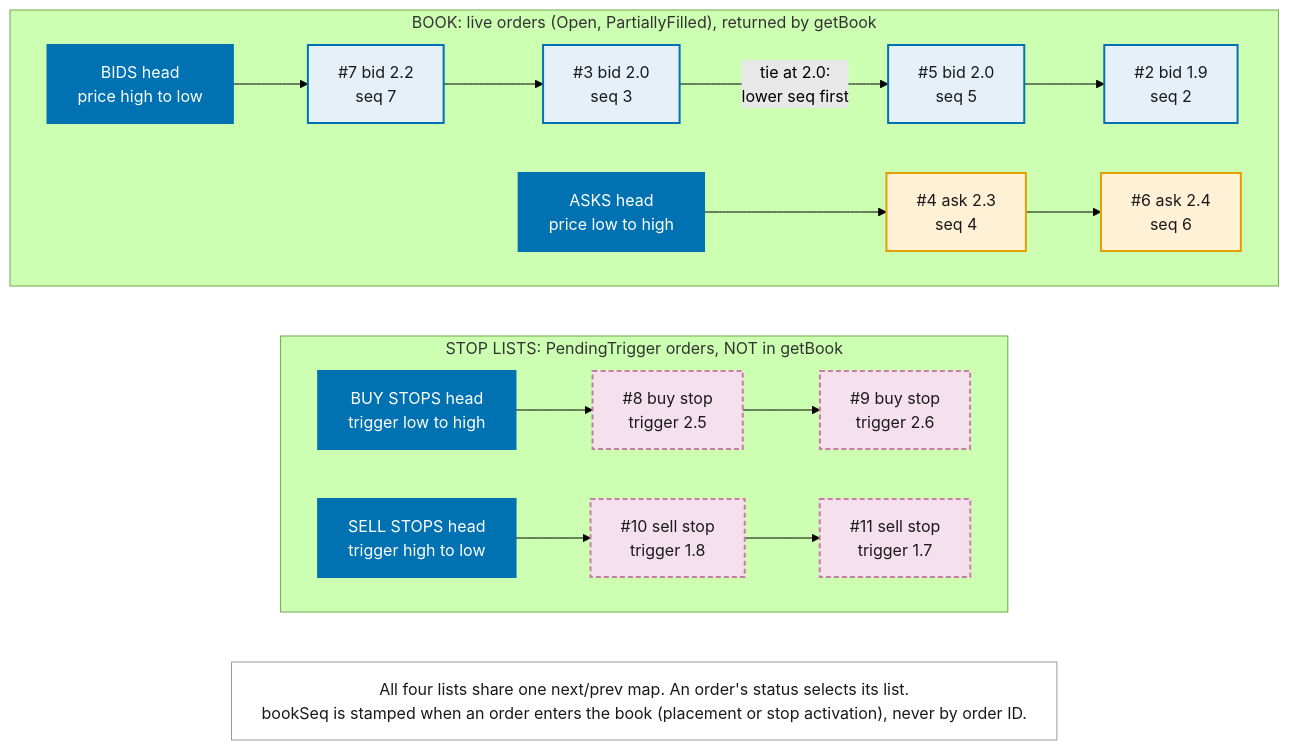
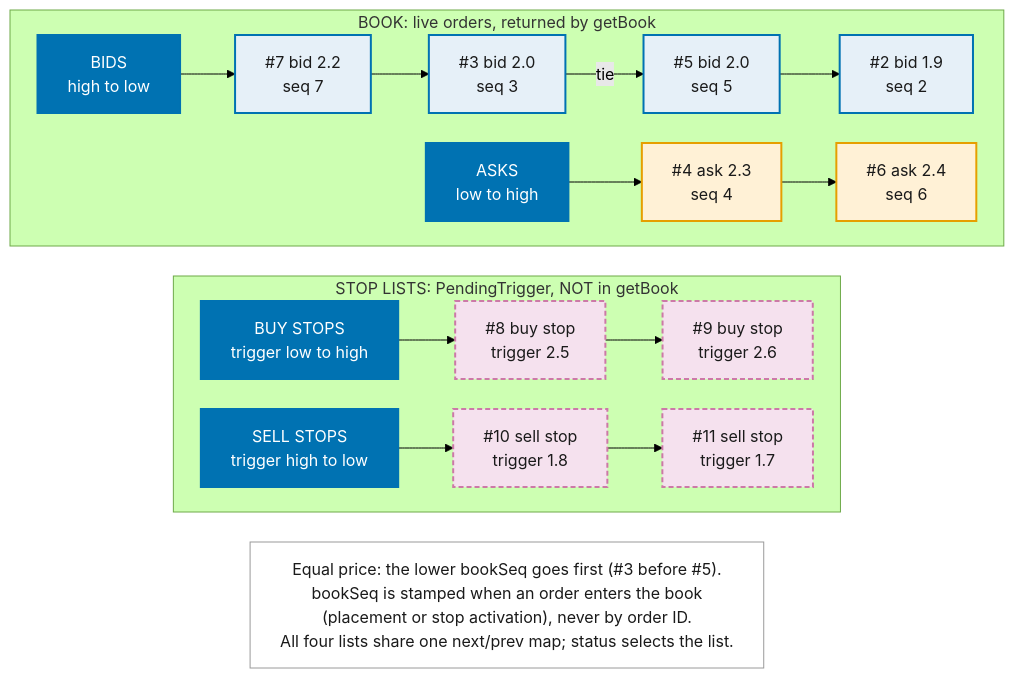
One commit to Nitecry7/SC4053-BlockChain-Project changed the diagram in docs/report/diagrams/06-book-structure.mmd. Above: the diagram before and after it, drawn with Mermaid (forest theme). The commit also changed 29 other files, not shown here.

```diff
--- a/docs/report/diagrams/06-book-structure.mmd
+++ b/docs/report/diagrams/06-book-structure.mmd
@@ -1,26 +1,28 @@
 ---
 config:
   flowchart:
     wrappingWidth: 900
+    rankSpacing: 30
+    nodeSpacing: 30
 ---
 flowchart TB
   classDef head fill:#0072B2,stroke:#0072B2,color:#FFFFFF,stroke-width:2px
   classDef bid fill:#E6F0F8,stroke:#0072B2,stroke-width:2px,color:#1A1A1A
   classDef ask fill:#FFF1D6,stroke:#E69F00,stroke-width:2px,color:#1A1A1A
   classDef stop fill:#F5E1EE,stroke:#CC79A7,stroke-width:2px,stroke-dasharray:5 3,color:#1A1A1A
   classDef note fill:#FFFFFF,stroke:#9A9A9A,stroke-width:1px,color:#1A1A1A
 
-  subgraph BOOK["BOOK: live orders (Open, PartiallyFilled), returned by getBook"]
+  subgraph BOOK["BOOK: live orders, returned by getBook"]
     direction LR
-    HB["BIDS head<br/>price high to low"]:::head --> B7["#7 bid 2.2<br/>seq 7"]:::bid --> B3["#3 bid 2.0<br/>seq 3"]:::bid -->|"tie at 2.0:<br/>lower seq first"| B5["#5 bid 2.0<br/>seq 5"]:::bid --> B2["#2 bid 1.9<br/>seq 2"]:::bid
-    HA["ASKS head<br/>price low to high"]:::head --> A4["#4 ask 2.3<br/>seq 4"]:::ask --> A6["#6 ask 2.4<br/>seq 6"]:::ask
+    HB["BIDS<br/>high to low"]:::head --> B7["#7 bid 2.2<br/>seq 7"]:::bid --> B3["#3 bid 2.0<br/>seq 3"]:::bid -->|"tie"| B5["#5 bid 2.0<br/>seq 5"]:::bid --> B2["#2 bid 1.9<br/>seq 2"]:::bid
+    HA["ASKS<br/>low to high"]:::head --> A4["#4 ask 2.3<br/>seq 4"]:::ask --> A6["#6 ask 2.4<br/>seq 6"]:::ask
   end
 
-  subgraph STOPS["STOP LISTS: PendingTrigger orders, NOT in getBook"]
+  subgraph STOPS["STOP LISTS: PendingTrigger, NOT in getBook"]
     direction LR
-    HSB["BUY STOPS head<br/>trigger low to high"]:::head --> S8["#8 buy stop<br/>trigger 2.5"]:::stop --> S9["#9 buy stop<br/>trigger 2.6"]:::stop
-    HSS["SELL STOPS head<br/>trigger high to low"]:::head --> S10["#10 sell stop<br/>trigger 1.8"]:::stop --> S11["#11 sell stop<br/>trigger 1.7"]:::stop
+    HSB["BUY STOPS<br/>trigger low to high"]:::head --> S8["#8 buy stop<br/>trigger 2.5"]:::stop --> S9["#9 buy stop<br/>trigger 2.6"]:::stop
+    HSS["SELL STOPS<br/>trigger high to low"]:::head --> S10["#10 sell stop<br/>trigger 1.8"]:::stop --> S11["#11 sell stop<br/>trigger 1.7"]:::stop
   end
 
   BOOK ~~~ STOPS
-  STOPS ~~~ N["All four lists share one next/prev map. An order's status selects its list.<br/>bookSeq is stamped when an order enters the book (placement or stop activation), never by order ID."]:::note
+  STOPS ~~~ N["Equal price: the lower bookSeq goes first (#3 before #5).<br/>bookSeq is stamped when an order enters the book<br/>(placement or stop activation), never by order ID.<br/>All four lists share one next/prev map; status selects the list."]:::note
```
